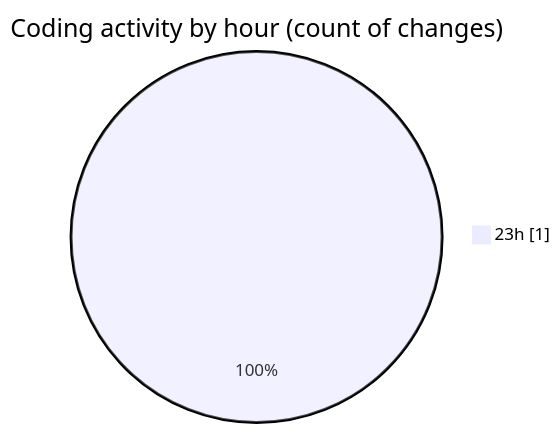
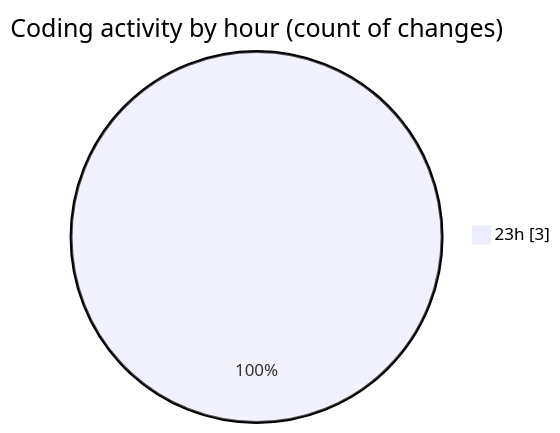
Before and after one commit to hasnaa123/code-tracking: the second of 2 diagrams in 2026-10-08/taskforge/README.md, drawn with Mermaid. The commit also changed other lines of this file and 1 other file, not shown here.

````diff
--- a/2026-10-08/taskforge/README.md
+++ b/2026-10-08/taskforge/README.md
@@ -28,5 +28,5 @@
 ```mermaid
 pie showData
 title Coding activity by hour (count of changes)
-"23h" : 1
+"23h" : 3
 ```
````
